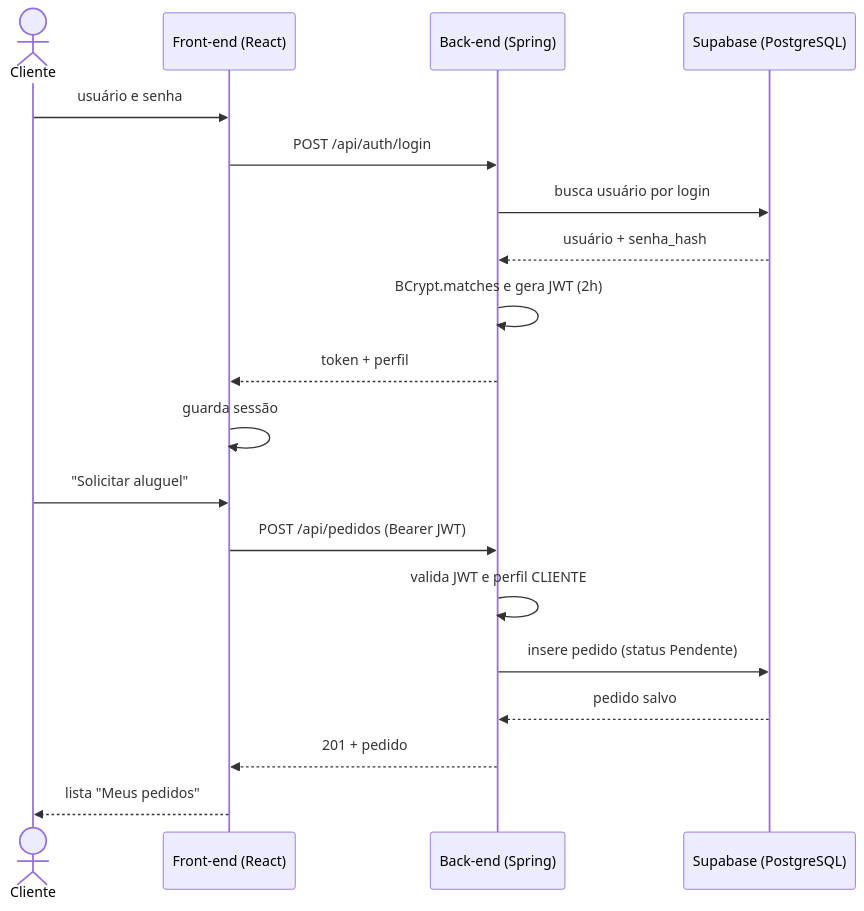
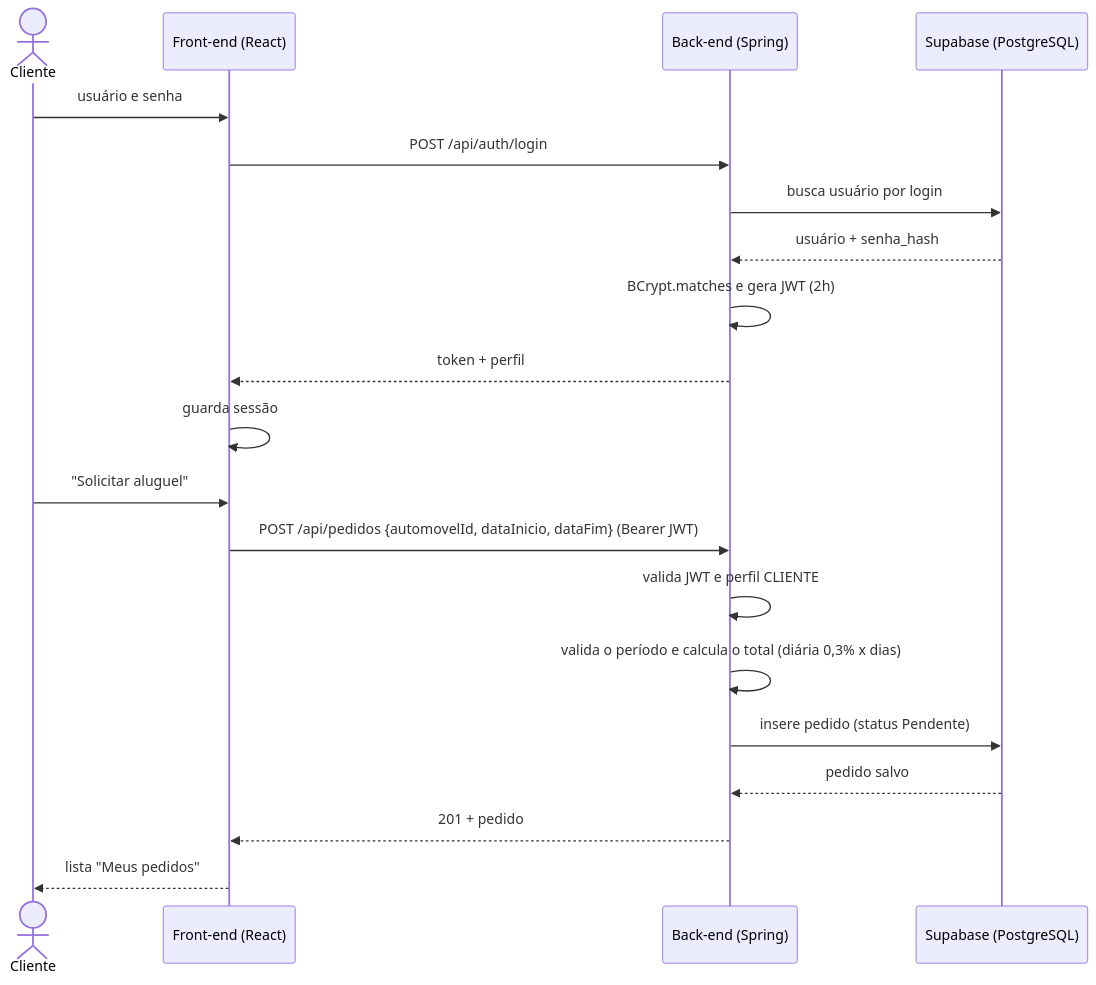
Before and after one commit to Cesarlac/getaway-car-rentals: the second of 3 diagrams in docs/04-diagrama-de-pacotes.md, drawn with Mermaid. The commit also changed other lines of this file and 15 other files, not shown here.

First line of the commit message:
docs: README no template da disciplina, UML atualizada e capturas de tela

````diff
--- a/docs/04-diagrama-de-pacotes.md
+++ b/docs/04-diagrama-de-pacotes.md
@@ -82,23 +88,24 @@
 ```mermaid
 sequenceDiagram
     actor C as Cliente
     participant F as Front-end (React)
     participant B as Back-end (Spring)
     participant D as Supabase (PostgreSQL)
 
     C->>F: usuário e senha
     F->>B: POST /api/auth/login
     B->>D: busca usuário por login
     D-->>B: usuário + senha_hash
     B->>B: BCrypt.matches e gera JWT (2h)
     B-->>F: token + perfil
     F->>F: guarda sessão
 
     C->>F: "Solicitar aluguel"
-    F->>B: POST /api/pedidos (Bearer JWT)
+    F->>B: POST /api/pedidos {automovelId, dataInicio, dataFim} (Bearer JWT)
     B->>B: valida JWT e perfil CLIENTE
+    B->>B: valida o período e calcula o total (diária 0,3% x dias)
     B->>D: insere pedido (status Pendente)
     D-->>B: pedido salvo
     B-->>F: 201 + pedido
     F-->>C: lista "Meus pedidos"
 ```
````
